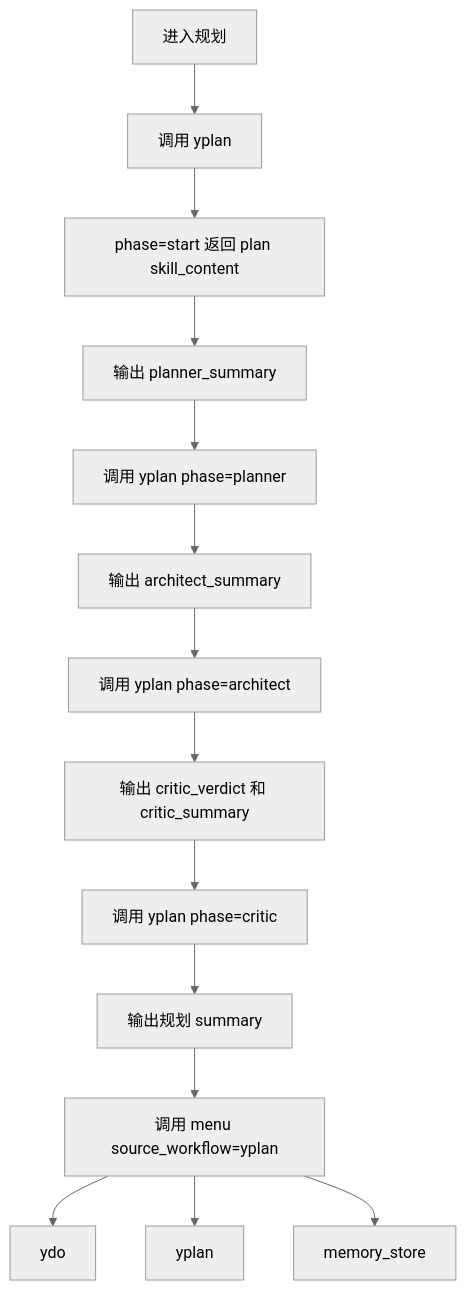
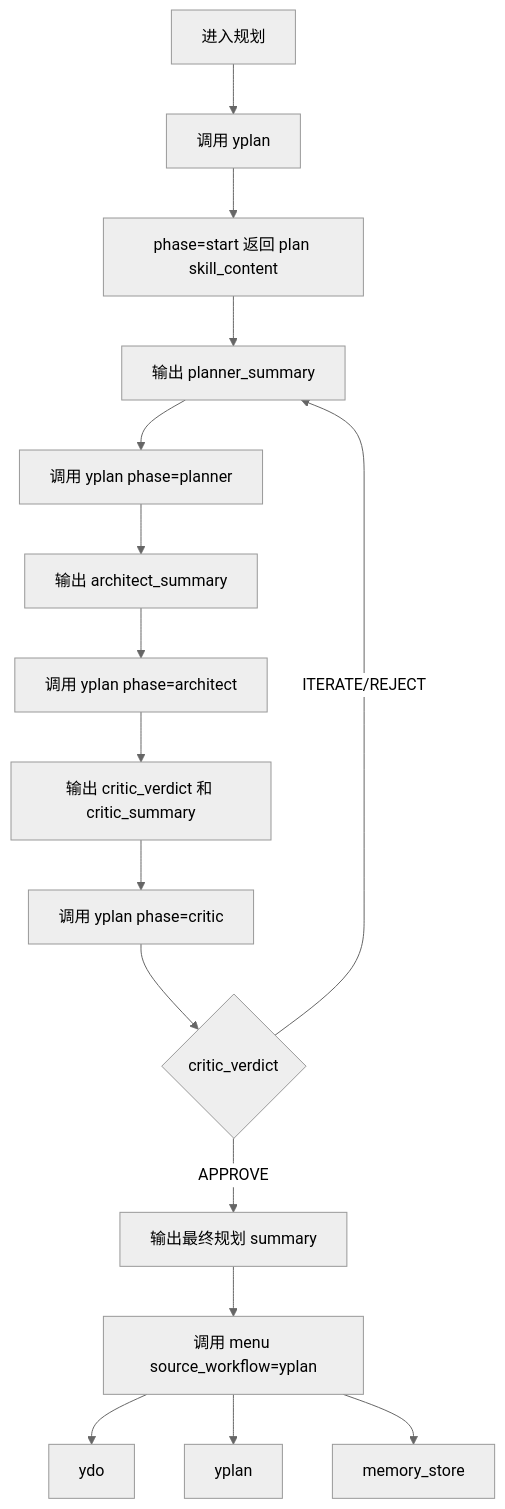
One commit to CodeyLife/Ymcp changed the second of 3 diagrams in docs/current-workflow-flowcharts.md. Above: the diagram before and after it, drawn with Mermaid (neutral theme). The commit also changed 14 other files, not shown here.

````diff
--- a/docs/current-workflow-flowcharts.md
+++ b/docs/current-workflow-flowcharts.md
@@ -22,16 +22,18 @@
 ```mermaid
 flowchart TD
     A[进入规划] --> B[调用 yplan]
     B --> C[phase=start 返回 plan skill_content]
     C --> D[输出 planner_summary]
     D --> E[调用 yplan phase=planner]
     E --> F[输出 architect_summary]
     F --> G[调用 yplan phase=architect]
     G --> H[输出 critic_verdict 和 critic_summary]
     H --> I[调用 yplan phase=critic]
-    I --> J[输出规划 summary]
+    I --> O{critic_verdict}
+    O -->|ITERATE/REJECT| D
+    O -->|APPROVE| J[输出最终规划 summary]
     J --> K[调用 menu source_workflow=yplan]
     K --> L[ydo]
     K --> M[yplan]
     K --> N[memory_store]
 ```
````
